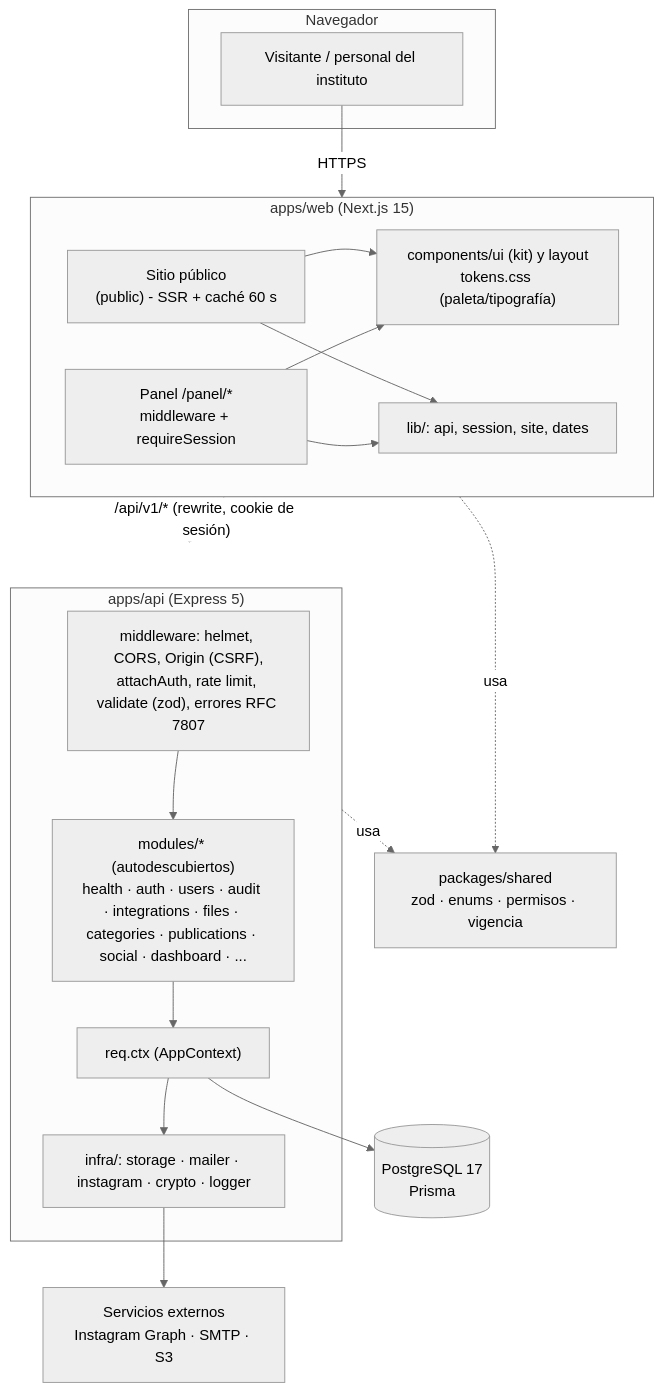
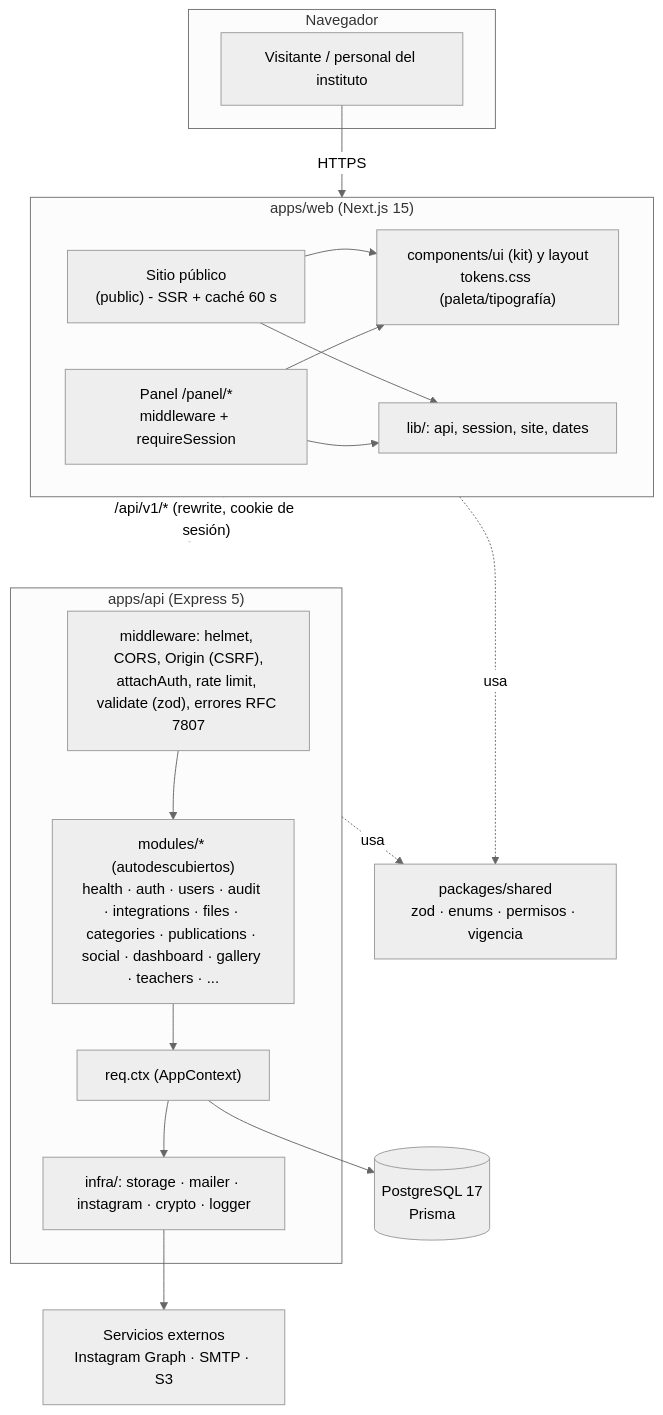
One commit to IFTS29-TalentoTech/ifts2-plataforma changed the first of 3 diagrams in docs/ARQUITECTURA.md. Above: the diagram before and after it, drawn with Mermaid (neutral theme). The commit also changed 175 other files, not shown here.

````diff
--- a/docs/ARQUITECTURA.md
+++ b/docs/ARQUITECTURA.md
@@ -7,36 +7,36 @@
 ```mermaid
 flowchart TB
   subgraph Navegador
     B[Visitante / personal del instituto]
   end
 
   subgraph WEB["apps/web (Next.js 15)"]
     PUB["Sitio público<br/>(public) - SSR + caché 60 s"]
     PAN["Panel /panel/*<br/>middleware + requireSession"]
     UI["components/ui (kit) y layout<br/>tokens.css (paleta/tipografía)"]
     LIB["lib/: api, session, site, dates"]
     PUB --> UI
     PAN --> UI
     PUB --> LIB
     PAN --> LIB
   end
 
   subgraph API["apps/api (Express 5)"]
     MW["middleware: helmet, CORS, Origin (CSRF),<br/>attachAuth, rate limit, validate (zod), errores RFC 7807"]
-    MOD["modules/* (autodescubiertos)<br/>health · auth · users · audit · integrations · files · categories · publications · social · dashboard · ..."]
+    MOD["modules/* (autodescubiertos)<br/>health · auth · users · audit · integrations · files · categories · publications · social · dashboard · gallery · teachers · ..."]
     CTX["req.ctx (AppContext)"]
     INFRA["infra/: storage · mailer · instagram · crypto · logger"]
     MW --> MOD --> CTX --> INFRA
   end
 
   SH["packages/shared<br/>zod · enums · permisos · vigencia"]
   DB[("PostgreSQL 17<br/>Prisma")]
   EXT["Servicios externos<br/>Instagram Graph · SMTP · S3"]
 
   B -->|HTTPS| WEB
   WEB -->|"/api/v1/* (rewrite, cookie de sesión)"| API
   WEB -. usa .-> SH
   API -. usa .-> SH
   CTX --> DB
   INFRA --> EXT
 ```
````
